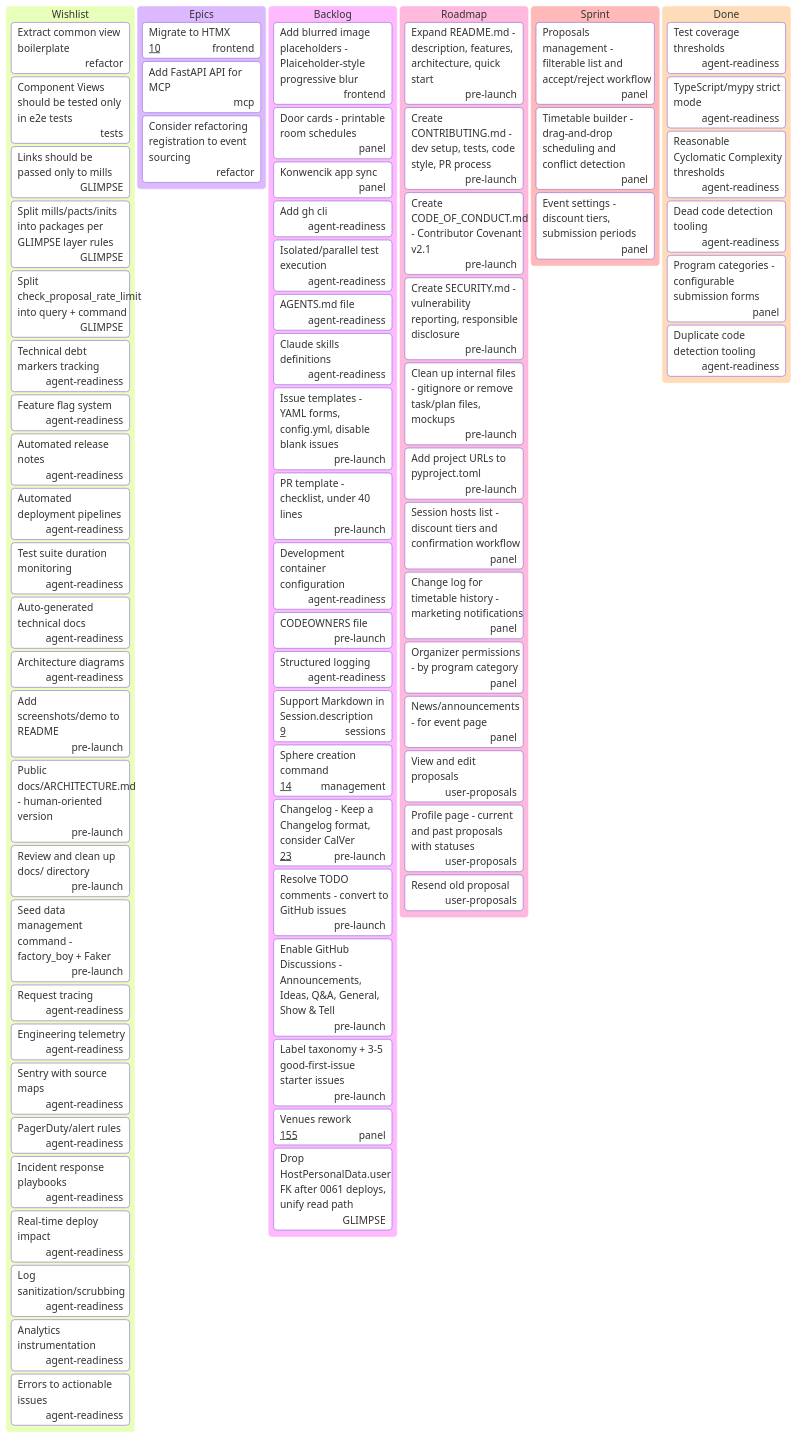
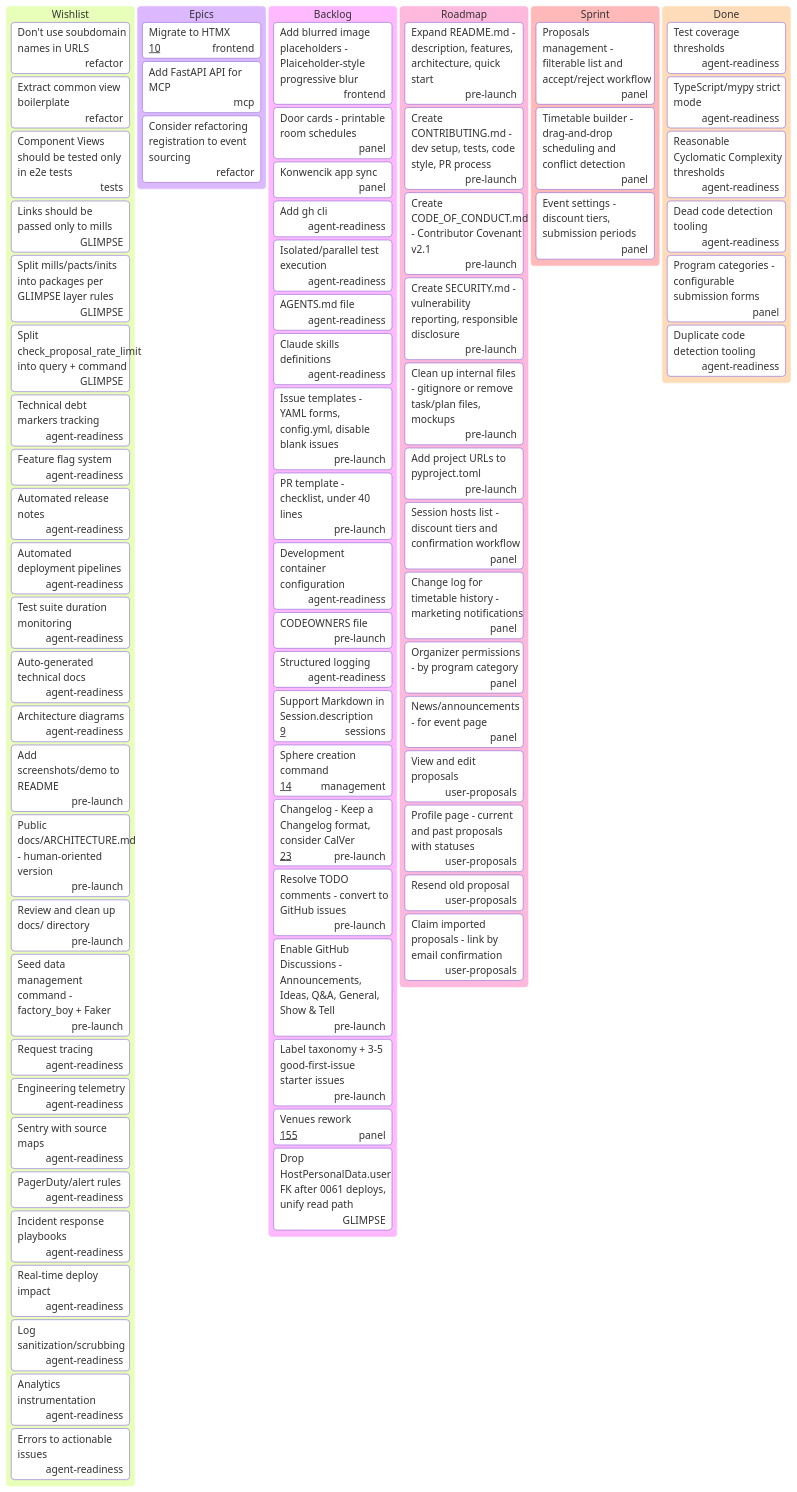
Before and after one commit to fancysnake/ludamus: the diagram in TODO.md, drawn with Mermaid.

Commit message:
Update TODO

```diff
--- a/TODO.md
+++ b/TODO.md
@@ -8,6 +8,7 @@
 ---
 kanban
   Wishlist
+    [Don't use soubdomain names in URLS]@{ assigned: 'refactor' }
     [Extract common view boilerplate]@{ assigned: 'refactor' }
     [Component Views should be tested only in e2e tests]@{ assigned: 'tests' }
     [Links should be passed only to mills]@{ assigned: 'GLIMPSE' }
@@ -119,6 +120,9 @@
       assigned: 'user-proposals'
     }
     [Resend old proposal]@{ assigned: 'user-proposals' }
+    [Claim imported proposals - link by email confirmation]@{
+      assigned: 'user-proposals'
+    }
 
   Sprint
     [Proposals management - filterable list and accept/reject workflow]@{
```
